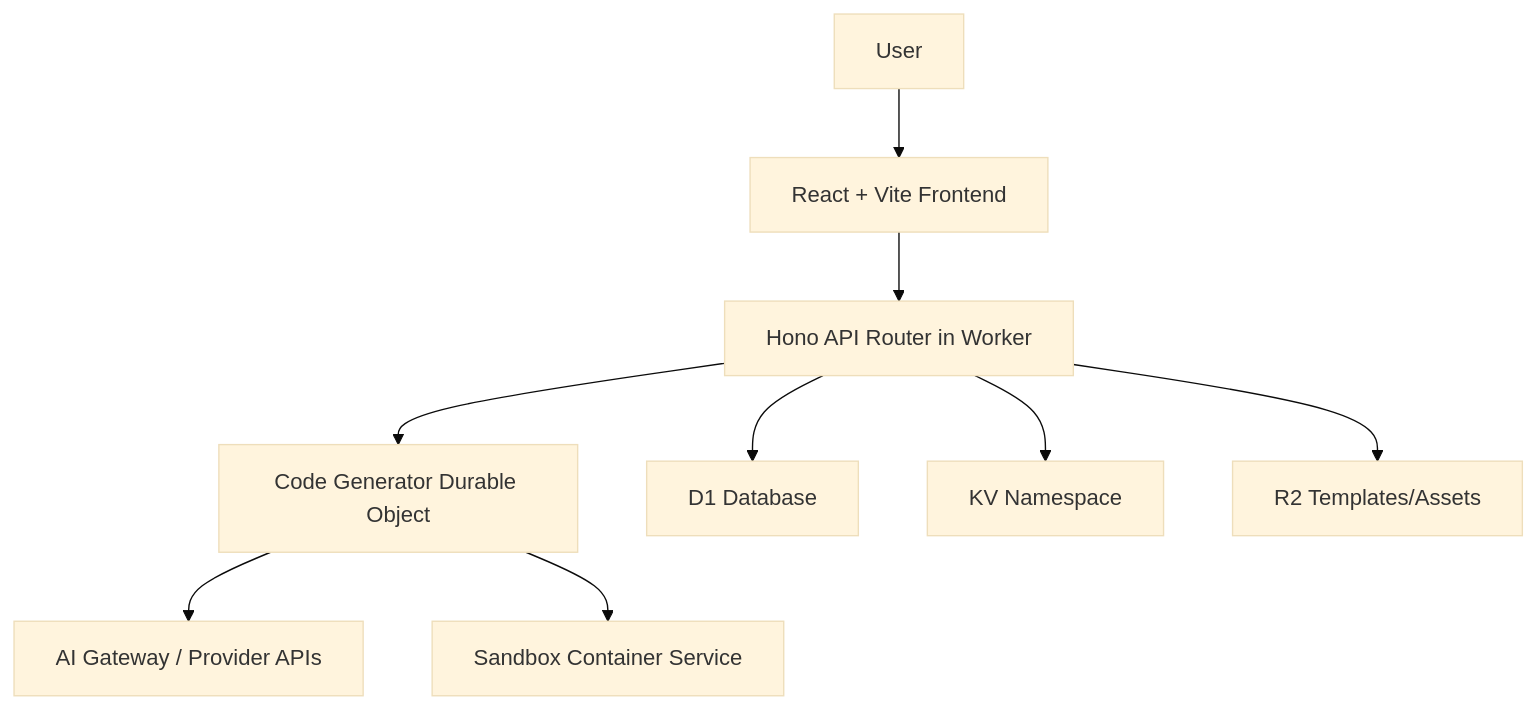
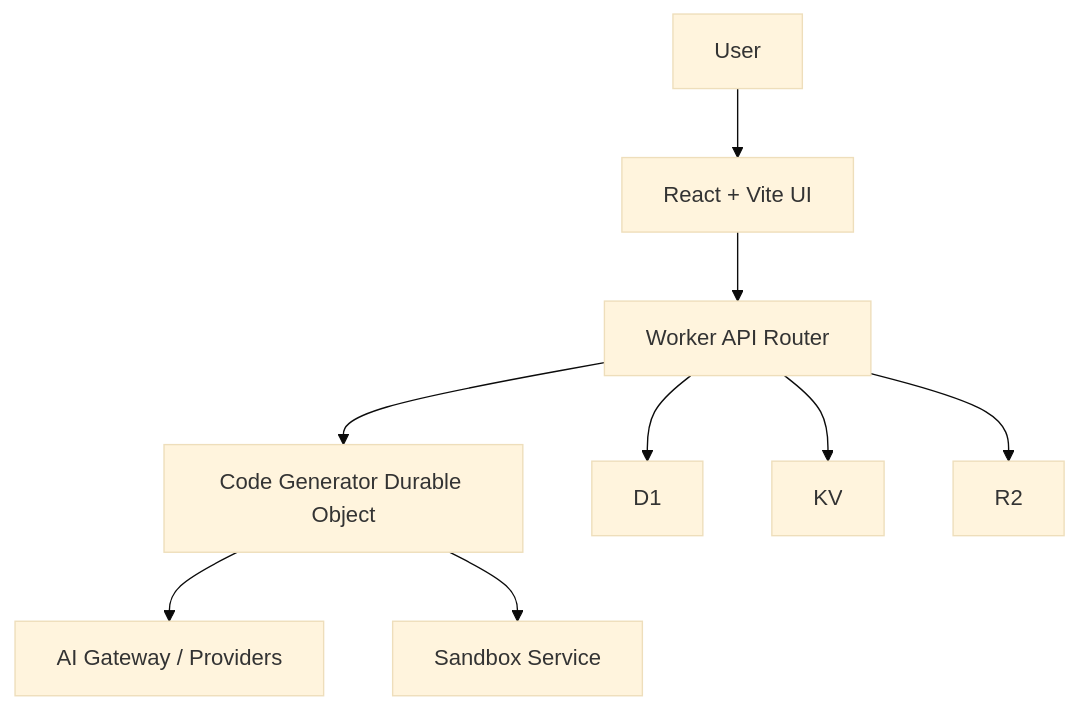
Before and after one commit to johnxie/awesome-code-docs: the diagram in tutorials/vibesdk-tutorial/02-system-architecture.md, drawn with Mermaid (base theme). The commit also changed other lines of this file and 7 other files, not shown here.

Commit message:
docs: deepen VibeSDK chapters with architecture and ops detail (#70)

````diff
--- a/tutorials/vibesdk-tutorial/02-system-architecture.md
+++ b/tutorials/vibesdk-tutorial/02-system-architecture.md
@@ -14,11 +14,11 @@
 ```mermaid
 graph TD
-    U[User] --> FE[React + Vite Frontend]
-    FE --> API[Hono API Router in Worker]
+    U[User] --> FE[React + Vite UI]
+    FE --> API[Worker API Router]
     API --> AG[Code Generator Durable Object]
-    AG --> AI[AI Gateway / Provider APIs]
-    AG --> SB[Sandbox Container Service]
-    API --> DB[D1 Database]
-    API --> KV[KV Namespace]
-    API --> R2[R2 Templates/Assets]
+    AG --> AI[AI Gateway / Providers]
+    AG --> SB[Sandbox Service]
+    API --> D1[D1]
+    API --> KV[KV]
+    API --> R2[R2]
 ```
````
